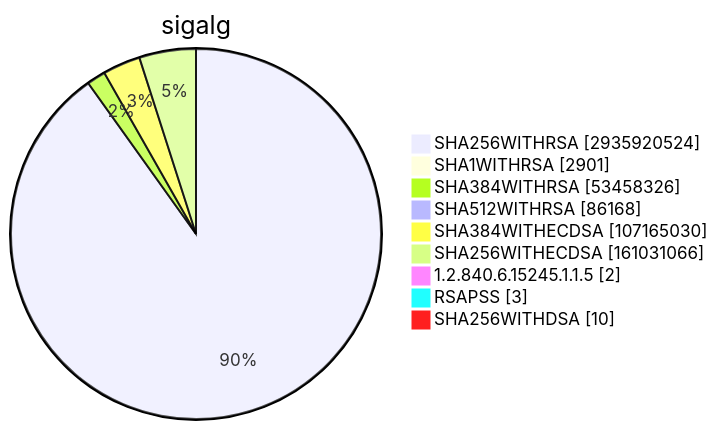
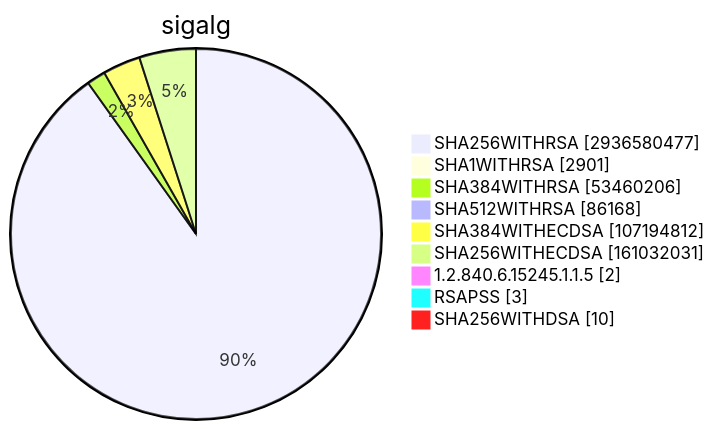
Before and after one commit to christiankrug/ctmonitor_visualization: diagram 15 of 15 in TOTAL/README.md, drawn with Mermaid. The commit also changed other lines of this file, not shown here.

````diff
--- a/TOTAL/README.md
+++ b/TOTAL/README.md
@@ -6207,13 +6207,13 @@
 ```mermaid
 pie showData
 title sigalg
-"SHA256WITHRSA" :2935920524
+"SHA256WITHRSA" :2936580477
 "SHA1WITHRSA" :2901
-"SHA384WITHRSA" :53458326
+"SHA384WITHRSA" :53460206
 "SHA512WITHRSA" :86168
-"SHA384WITHECDSA" :107165030
-"SHA256WITHECDSA" :161031066
+"SHA384WITHECDSA" :107194812
+"SHA256WITHECDSA" :161032031
 "1.2.840.6.15245.1.1.5" :2
 "RSAPSS" :3
 "SHA256WITHDSA" :10
 ```
````
